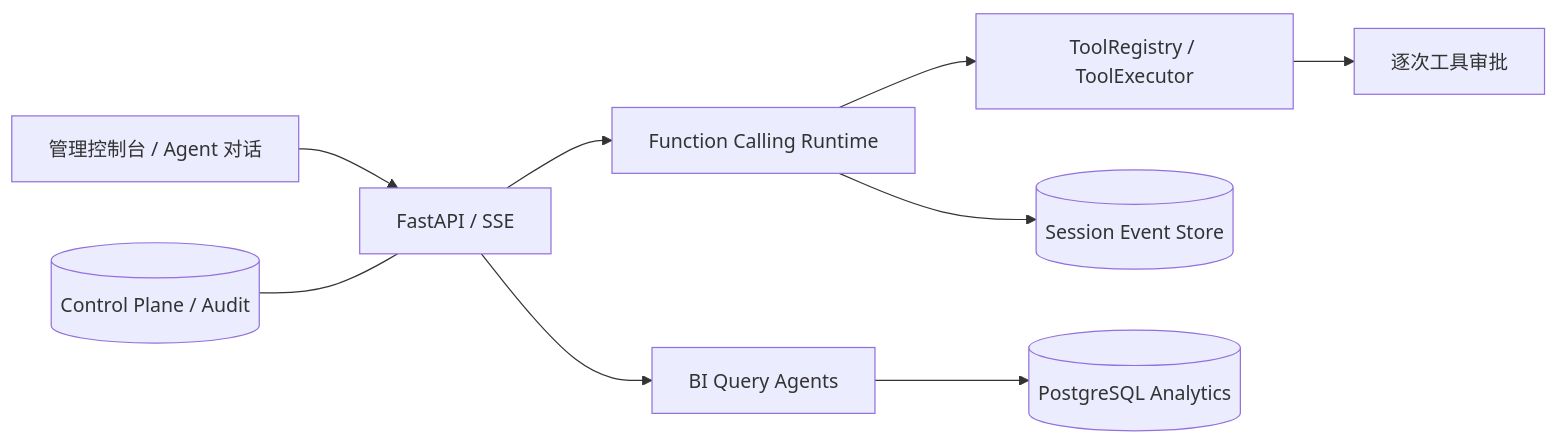
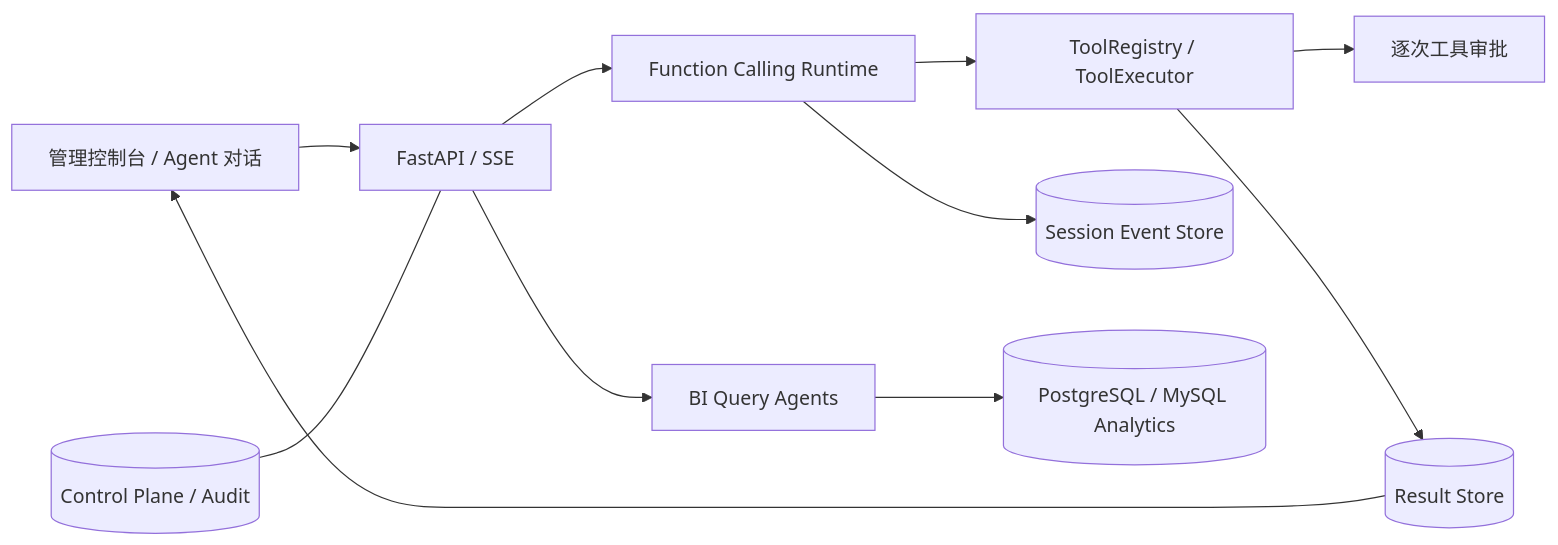
The diagram in README.md (minijy/multi_agent_ops_platform), drawn with Mermaid before and after one commit. The commit also changed other lines of this file and 81 other files, not shown here.

````diff
--- a/README.md
+++ b/README.md
@@ -9,11 +9,13 @@
 ```mermaid
 flowchart LR
     UI["管理控制台 / Agent 对话"] --> API["FastAPI / SSE"]
     API --> RT["Function Calling Runtime"]
     RT --> TR["ToolRegistry / ToolExecutor"]
     TR --> GOV["逐次工具审批"]
     RT --> SE[("Session Event Store")]
+    TR --> RS[("Result Store")]
+    RS --> UI
     API --> BI["BI Query Agents"]
-    BI --> PG[("PostgreSQL Analytics")]
+    BI --> DB[("PostgreSQL / MySQL Analytics")]
     CP[("Control Plane / Audit")] --- API
 ```
````
